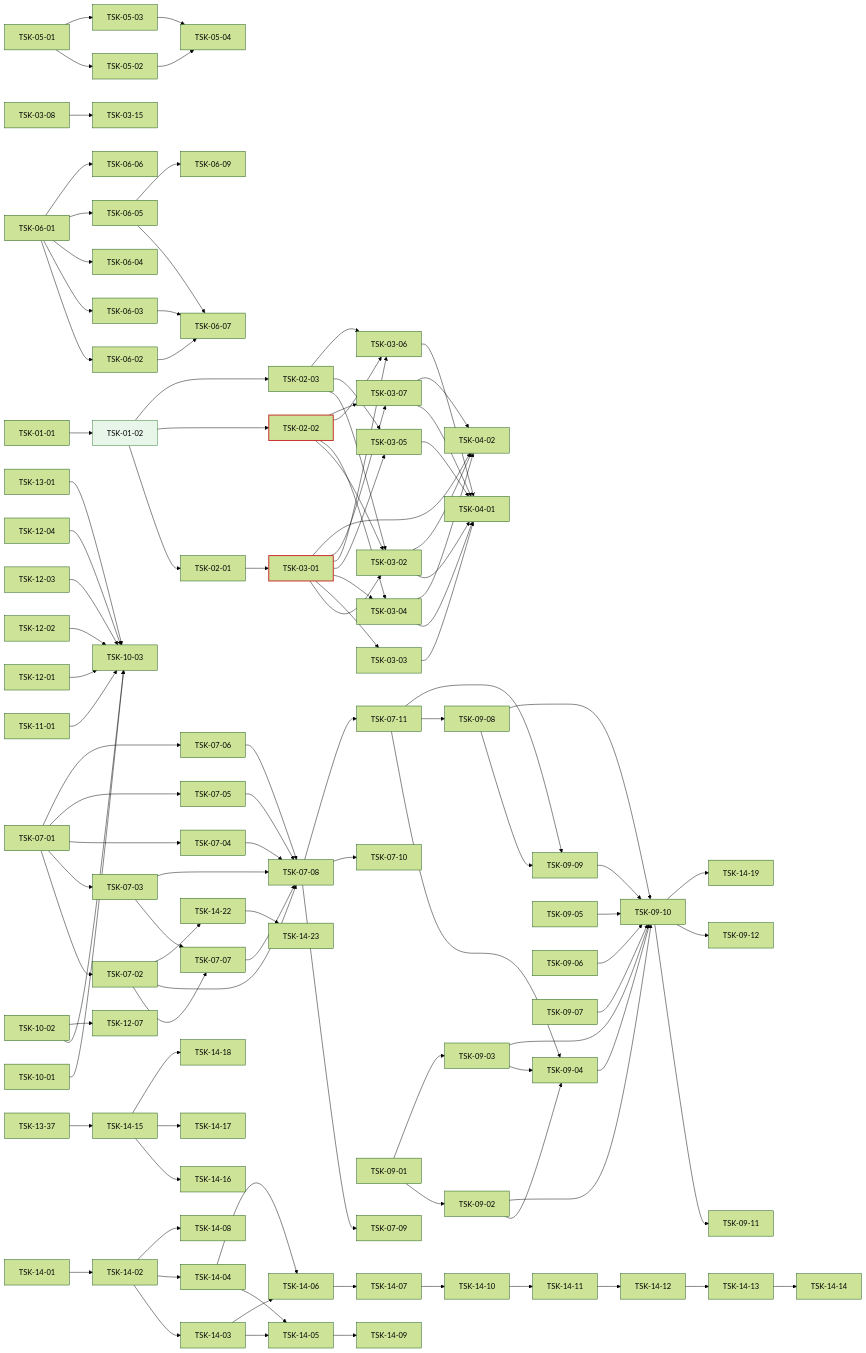
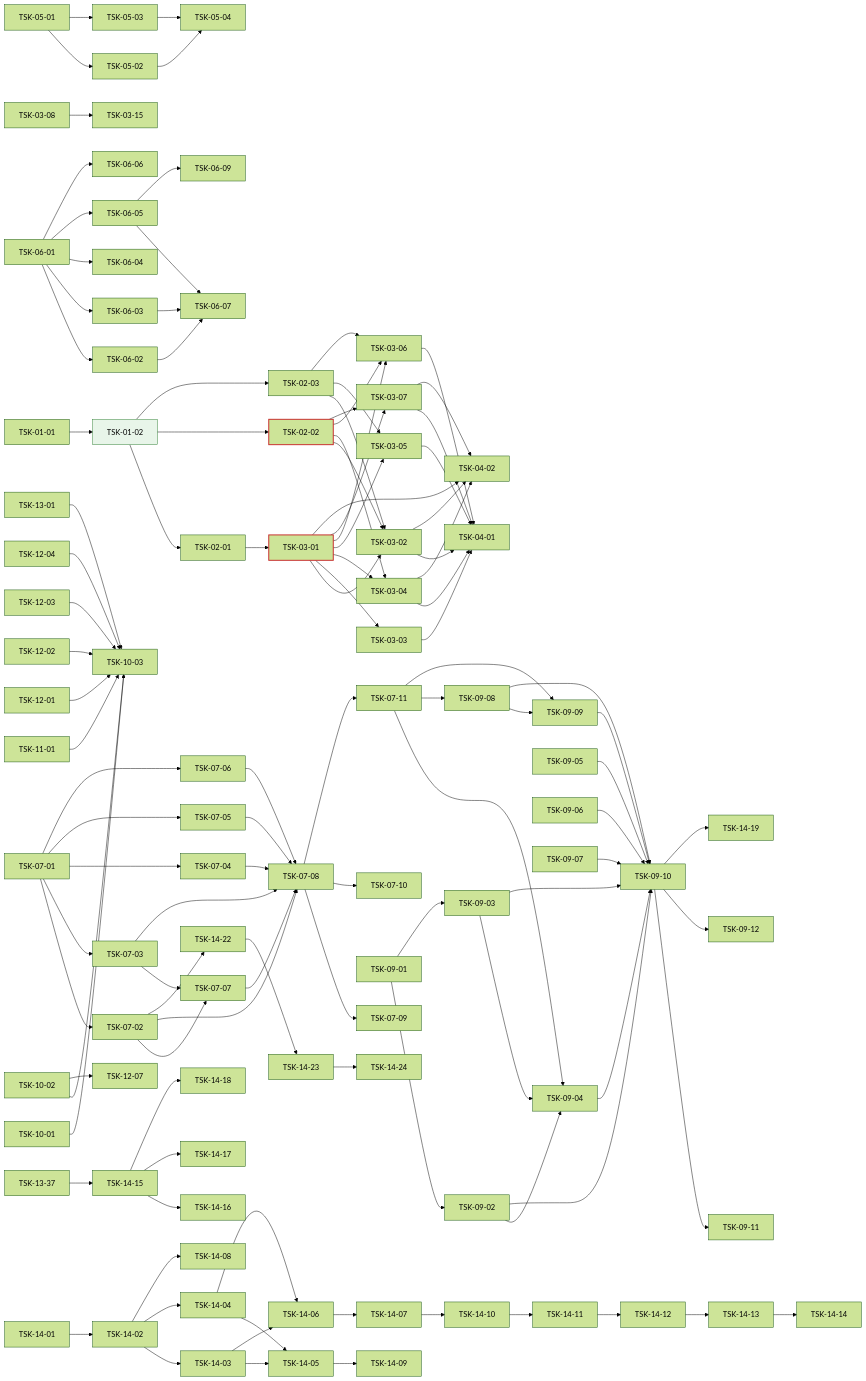
The diagram in docs/oranda1/wbs.md (jongik-sv/oranda), drawn with Mermaid (forest theme) before and after one commit. The commit also changed other lines of this file and 9 other files, not shown here.

```diff
--- a/docs/oranda1/wbs.md
+++ b/docs/oranda1/wbs.md
@@ -1327,6 +1339,7 @@
   TSK-09-10 --> TSK-14-19
   TSK-07-02 --> TSK-14-22
   TSK-14-22 --> TSK-14-23
+  TSK-14-23 --> TSK-14-24
   style TSK-01-02 fill:#e8f5e9,stroke:#2e7d32
   style TSK-03-01 stroke:#c62828,stroke-width:2px
   style TSK-02-02 stroke:#c62828,stroke-width:2px
```
